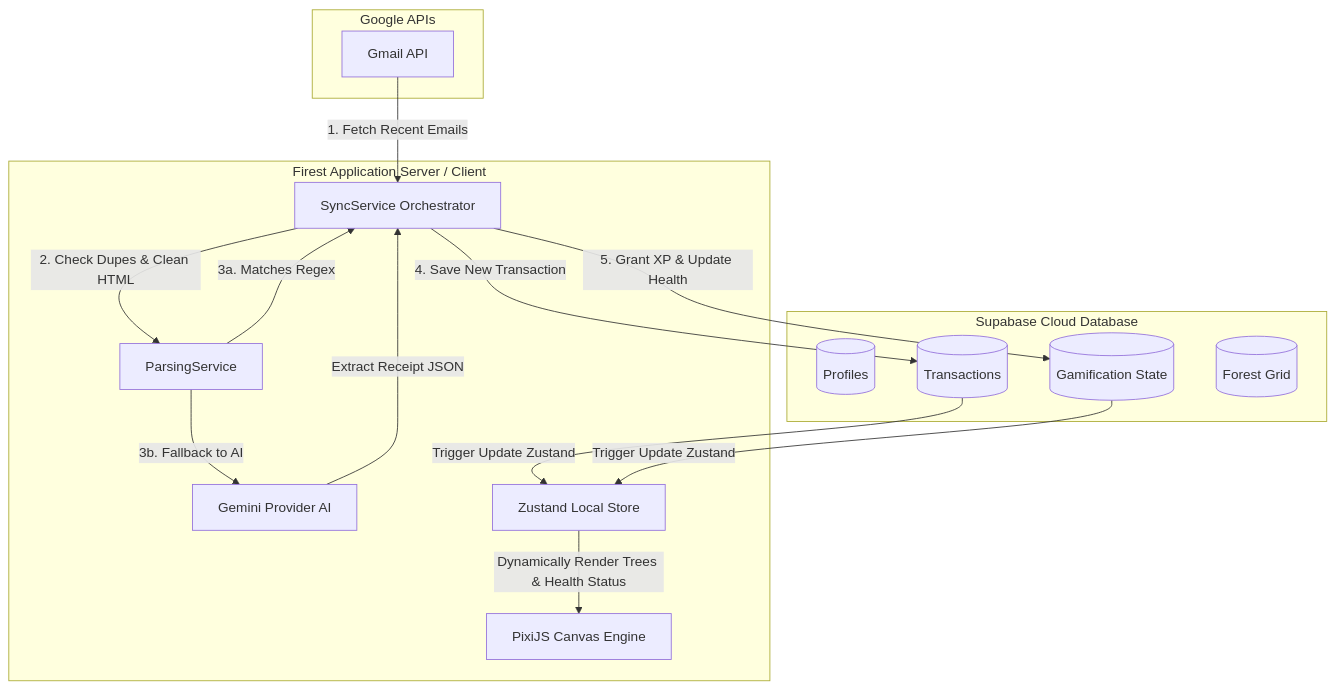
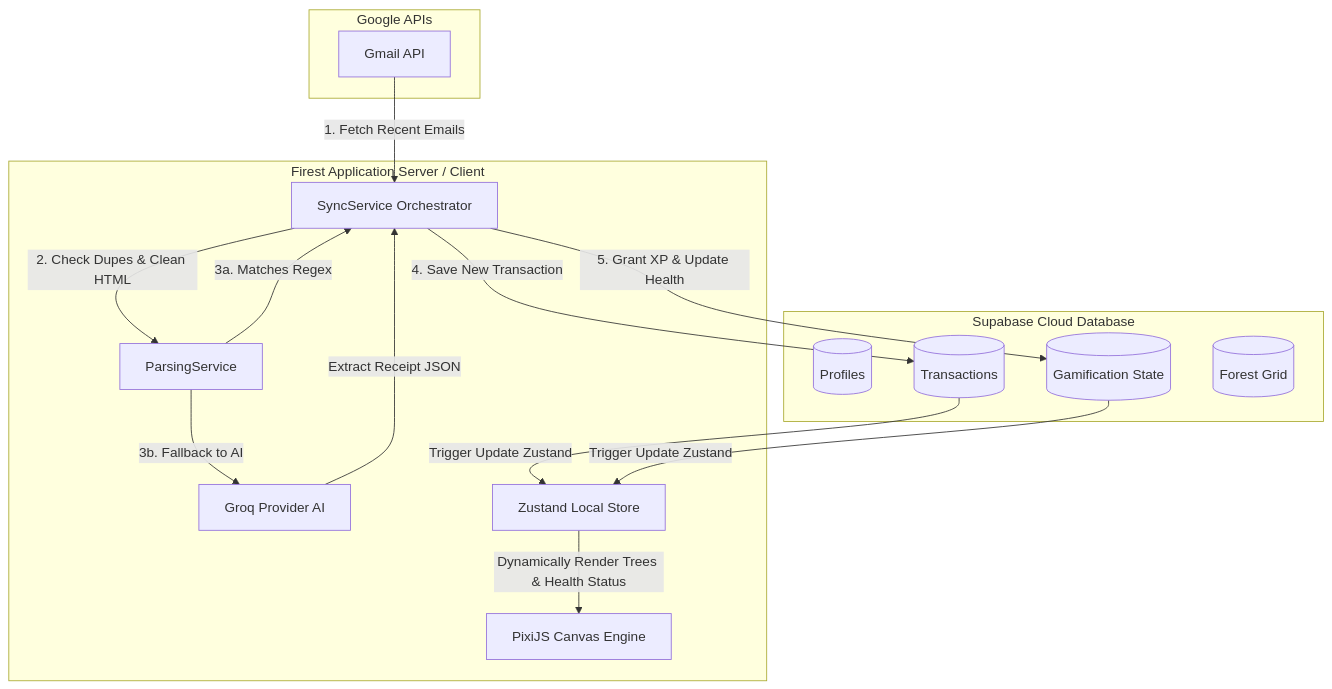
Before and after one commit to alfbrynn/firest: the first of 2 diagrams in README.md, drawn with Mermaid. The commit also changed other lines of this file, not shown here.

````diff
--- a/README.md
+++ b/README.md
@@ -50,32 +54,32 @@
 ```mermaid
 flowchart TD
     subgraph Google APIs
         GM[Gmail API]
     end
 
     subgraph Firest Application Server / Client
         SS[SyncService Orchestrator]
         PS[ParsingService]
-        GP[Gemini Provider AI]
+        GP[Groq Provider AI]
         ZStore[Zustand Local Store]
         PX[PixiJS Canvas Engine]
     end
 
     subgraph Supabase Cloud Database
         DB_P[(Profiles)]
         DB_T[(Transactions)]
         DB_G[(Gamification State)]
         DB_F[(Forest Grid)]
     end
 
     GM -->|1. Fetch Recent Emails| SS
     SS -->|2. Check Dupes & Clean HTML| PS
     PS -->|3a. Matches Regex| SS
     PS -->|3b. Fallback to AI| GP
     GP -->|Extract Receipt JSON| SS
     SS -->|4. Save New Transaction| DB_T
     SS -->|5. Grant XP & Update Health| DB_G
     DB_T -->|Trigger Update Zustand| ZStore
     DB_G -->|Trigger Update Zustand| ZStore
     ZStore -->|Dynamically Render Trees & Health Status| PX
 ```
````
